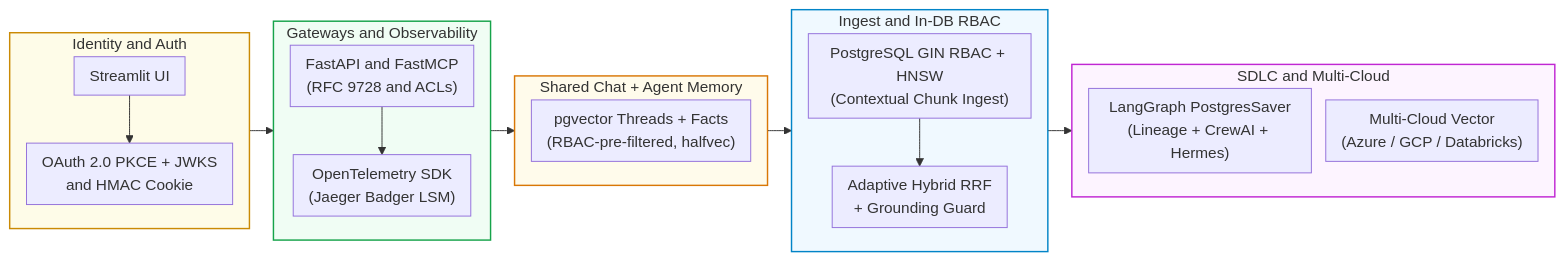
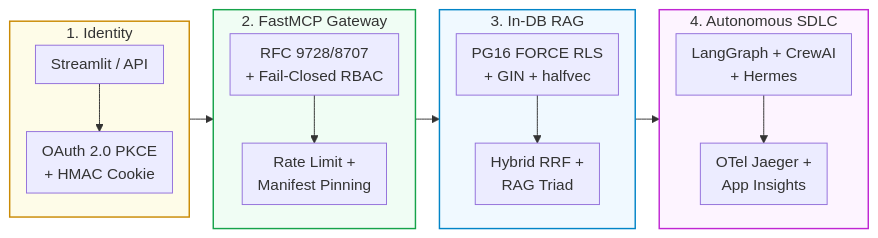
Before and after one commit to Kenono2000/enterprise-rag-pgvector-rbac: the first of 6 diagrams in README.md, drawn with Mermaid. The commit also changed other lines of this file, not shown here.

````diff
--- a/README.md
+++ b/README.md
@@ -8,34 +5,25 @@
 ```mermaid
 %%{init: {'flowchart': {'nodeSpacing': 15, 'rankSpacing': 25, 'padding': 8}}}%%
 flowchart LR
-    subgraph Identity ["Identity and Auth"]
+    subgraph Auth ["1. Identity"]
         direction TB
-        UI["Streamlit UI"] --> PKCE["OAuth 2.0 PKCE + JWKS<br/>and HMAC Cookie"]
+        UI["Streamlit / API"] --> PKCE["OAuth 2.0 PKCE<br/>+ HMAC Cookie"]
     end
-    subgraph Gateways ["Gateways and Observability"]
+    subgraph GW ["2. FastMCP Gateway"]
         direction TB
-        API["FastAPI and FastMCP<br/>(RFC 9728 and ACLs)"] --> OTel["OpenTelemetry SDK<br/>(Jaeger Badger LSM)"]
+        MCP["RFC 9728/8707<br/>+ Fail-Closed RBAC"] --> Guard["Rate Limit +<br/>Manifest Pinning"]
     end
-    subgraph SharedMem ["Shared Chat + Agent Memory"]
+    subgraph RAG ["3. In-DB RAG"]
         direction TB
-        SM["pgvector Threads + Facts<br/>(RBAC-pre-filtered, halfvec)"]
+        DB["PG16 FORCE RLS<br/>+ GIN + halfvec"] --> RRF["Hybrid RRF +<br/>RAG Triad"]
     end
-    subgraph RAGCore ["Ingest and In-DB RBAC"]
+    subgraph SDLC ["4. Autonomous SDLC"]
         direction TB
-        PG["PostgreSQL GIN RBAC + HNSW<br/>(Contextual Chunk Ingest)"] --> RRF["Adaptive Hybrid RRF<br/>+ Grounding Guard"]
+        LG["LangGraph + CrewAI<br/>+ Hermes"] --> OTel["OTel Jaeger +<br/>App Insights"]
     end
-    subgraph CloudAndSDLC ["SDLC and Multi-Cloud"]
-        direction TB
-        SDLC["LangGraph PostgresSaver<br/>(Lineage + CrewAI + Hermes)"]
-        Clouds["Multi-Cloud Vector<br/>(Azure / GCP / Databricks)"]
-    end
-    Identity --> Gateways
-    Gateways --> SharedMem
-    SharedMem --> RAGCore
-    RAGCore --> CloudAndSDLC
-    style Identity fill:#fefce8,stroke:#ca8a04,stroke-width:1.5px
-    style Gateways fill:#f0fdf4,stroke:#16a34a,stroke-width:1.5px
-    style SharedMem fill:#fffbeb,stroke:#d97706,stroke-width:1.5px
-    style RAGCore fill:#f0f9ff,stroke:#0284c7,stroke-width:1.5px
-    style CloudAndSDLC fill:#fdf4ff,stroke:#c026d3,stroke-width:1.5px
+    Auth --> GW --> RAG --> SDLC
+    style Auth fill:#fefce8,stroke:#ca8a04,stroke-width:1.5px
+    style GW fill:#f0fdf4,stroke:#16a34a,stroke-width:1.5px
+    style RAG fill:#f0f9ff,stroke:#0284c7,stroke-width:1.5px
+    style SDLC fill:#fdf4ff,stroke:#c026d3,stroke-width:1.5px
 ```
````
